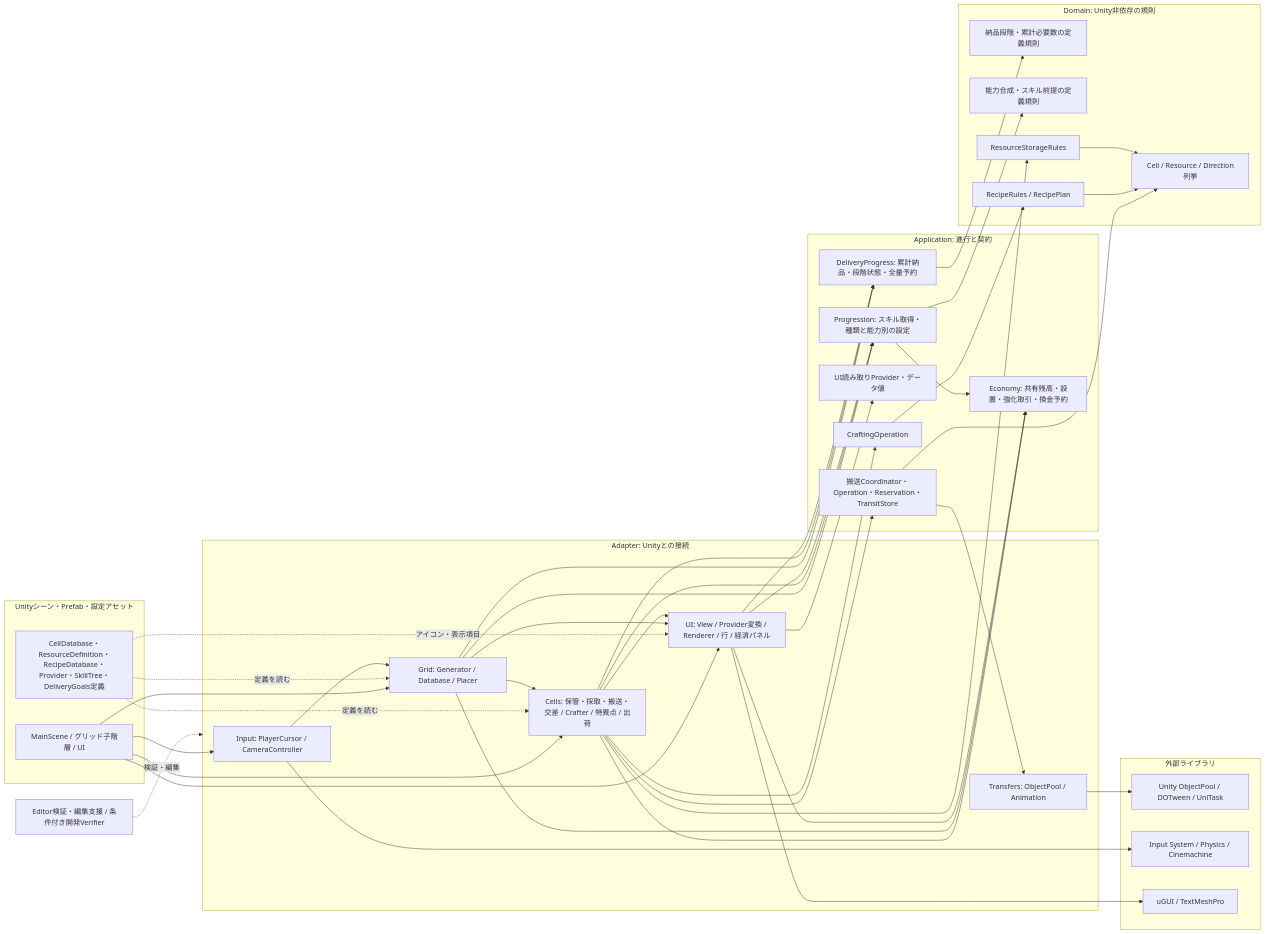
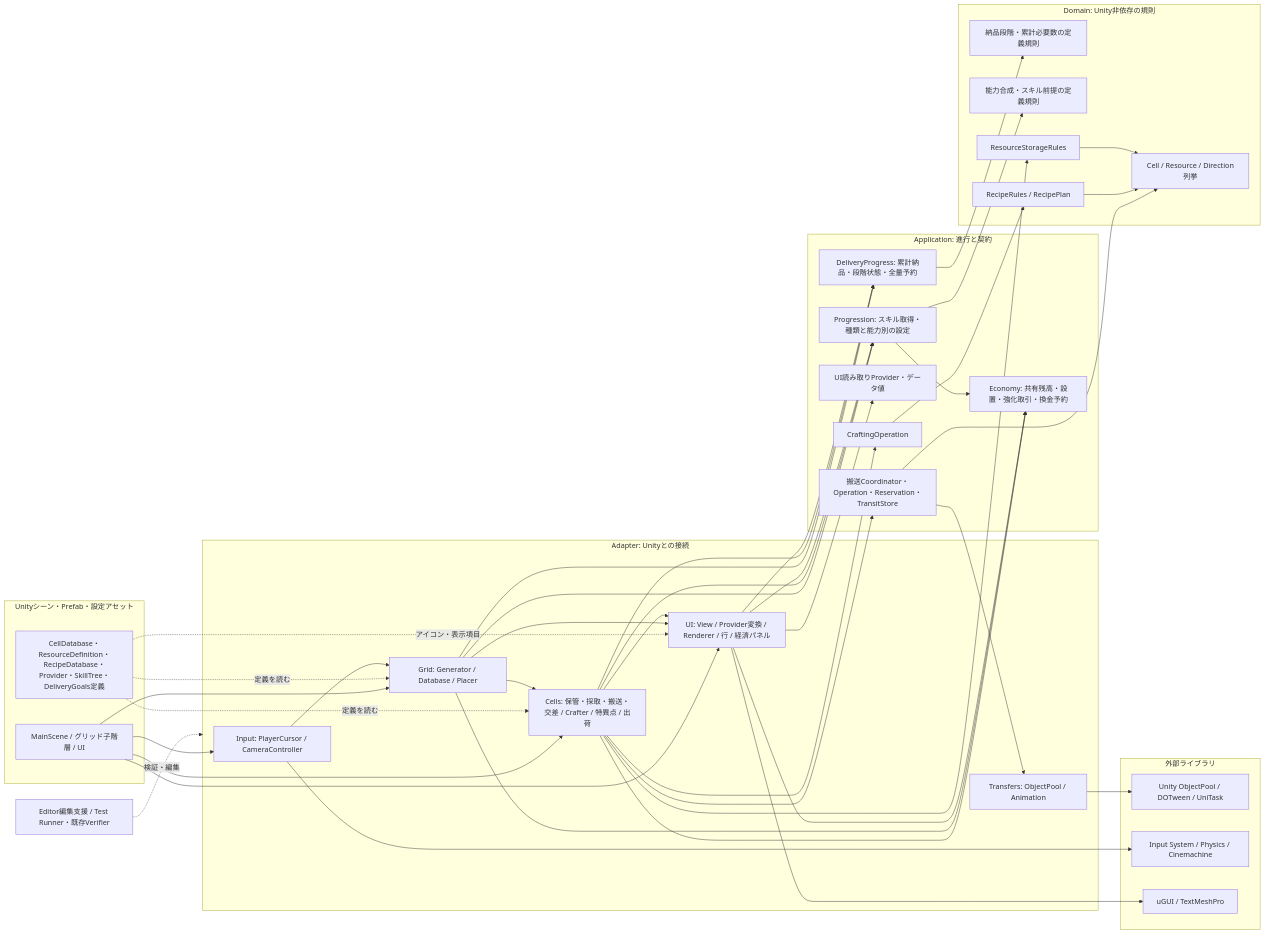
The first of 2 diagrams in docs/design/current-architecture.md (AoiTomiyama/FactoryGame), drawn with Mermaid before and after one commit. The commit also changed other lines of this file and 31 other files, not shown here.

````diff
--- a/docs/design/current-architecture.md
+++ b/docs/design/current-architecture.md
@@ -42,70 +42,70 @@
 ```mermaid
 flowchart LR
  subgraph Scene["Unityシーン・Prefab・設定アセット"]
   Main["MainScene / グリッド子階層 / UI"]
   SO["CellDatabase・ResourceDefinition・RecipeDatabase・Provider・SkillTree・DeliveryGoals定義"]
  end
  subgraph Adapter["Adapter: Unityとの接続"]
   Input["Input: PlayerCursor / CameraController"]
   Grid["Grid: Generator / Database / Placer"]
   Cells["Cells: 保管・採取・搬送・交差 / Crafter / 特異点 / 出荷"]
   Presentation["Transfers: ObjectPool / Animation"]
   UI["UI: View / Provider変換 / Renderer / 行 / 経済パネル"]
  end
  subgraph Application["Application: 進行と契約"]
   Transfer["搬送Coordinator・Operation・Reservation・TransitStore"]
   Craft["CraftingOperation"]
   Read["UI読み取りProvider・データ値"]
   Progression["Progression: スキル取得・種類と能力別の設定"]
   Delivery["DeliveryProgress: 累計納品・段階状態・全量予約"]
   Economy["Economy: 共有残高・設置・強化取引・換金予約"]
  end
  subgraph Domain["Domain: Unity非依存の規則"]
   Goals["納品段階・累計必要数の定義規則"]
   Stats["能力合成・スキル前提の定義規則"]
   Storage["ResourceStorageRules"]
   Recipe["RecipeRules / RecipePlan"]
   Enum["Cell / Resource / Direction列挙"]
  end
  Main --> Input
  Main --> Grid
  Main --> Cells
  Main --> UI
  SO -. "定義を読む" .-> Grid
  SO -. "定義を読む" .-> Cells
  SO -. "アイコン・表示項目" .-> UI
  Input --> Grid
  Grid --> Cells
  Grid --> UI
  Cells --> Economy
  Grid --> Progression
  Cells --> Progression
  Progression --> Economy
  Progression --> Stats
  Grid --> Economy
  Cells --> Transfer
  Cells --> Craft
  Cells --> Storage
  Cells --> UI
  UI --> Read
  Transfer --> Presentation
  Transfer --> Enum
  Craft --> Recipe
  Recipe --> Enum
  Storage --> Enum
  Presentation --> External
  Input --> InputLib
  UI --> UILib
- Editor["Editor検証・編集支援 / 条件付き開発Verifier"] -. "検証・編集" .-> Adapter
+ Editor["Editor編集支援 / Test Runner・既存Verifier"] -. "検証・編集" .-> Adapter
  subgraph Libraries["外部ライブラリ"]
  External["Unity ObjectPool / DOTween / UniTask"]
  InputLib["Input System / Physics / Cinemachine"]
  UILib["uGUI / TextMeshPro"]
  end
  UI --> Economy
  UI --> Progression
  Grid --> Delivery
  Cells --> Delivery
  UI --> Delivery
  Delivery --> Goals
 ```
````
